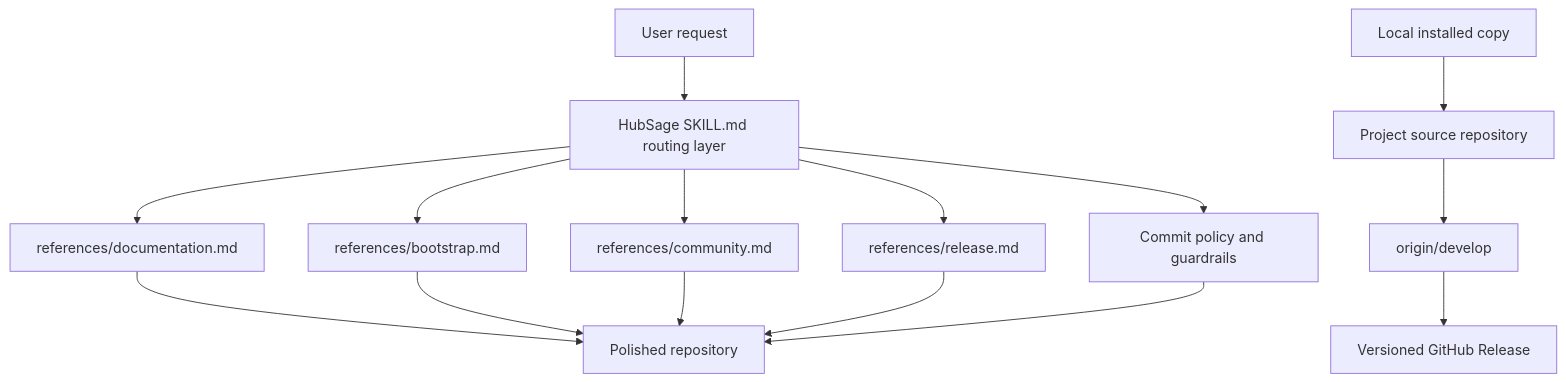
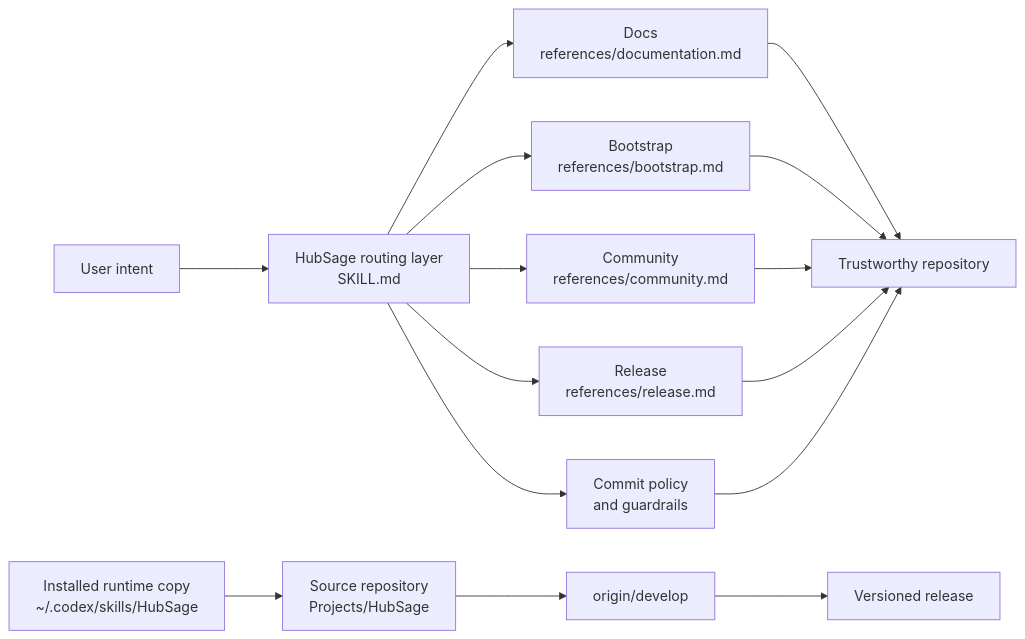
Before and after one commit to Liii8888/HubSage: the diagram in README.md, drawn with Mermaid. The commit also changed other lines of this file and 2 other files, not shown here.

Commit message:
📝 docs(readme): refine repository presentation

````diff
--- a/README.md
+++ b/README.md
@@ -27,17 +41,17 @@
 ```mermaid
-graph TD
-    A[User request] --> B[HubSage SKILL.md routing layer]
-    B --> C[references/documentation.md]
-    B --> D[references/bootstrap.md]
-    B --> E[references/community.md]
-    B --> F[references/release.md]
-    B --> G[Commit policy and guardrails]
-    C --> H[Polished repository]
+flowchart LR
+    A["User intent"] --> B["HubSage routing layer<br/>SKILL.md"]
+    B --> C["Docs<br/>references/documentation.md"]
+    B --> D["Bootstrap<br/>references/bootstrap.md"]
+    B --> E["Community<br/>references/community.md"]
+    B --> F["Release<br/>references/release.md"]
+    B --> G["Commit policy<br/>and guardrails"]
+    C --> H["Trustworthy repository"]
     D --> H
     E --> H
     F --> H
     G --> H
-    I[Local installed copy] --> J[Project source repository]
-    J --> K[origin/develop]
-    K --> L[Versioned GitHub Release]
+    I["Installed runtime copy<br/>~/.codex/skills/HubSage"] --> J["Source repository<br/>Projects/HubSage"]
+    J --> K["origin/develop"]
+    K --> L["Versioned release"]
 ```
````
